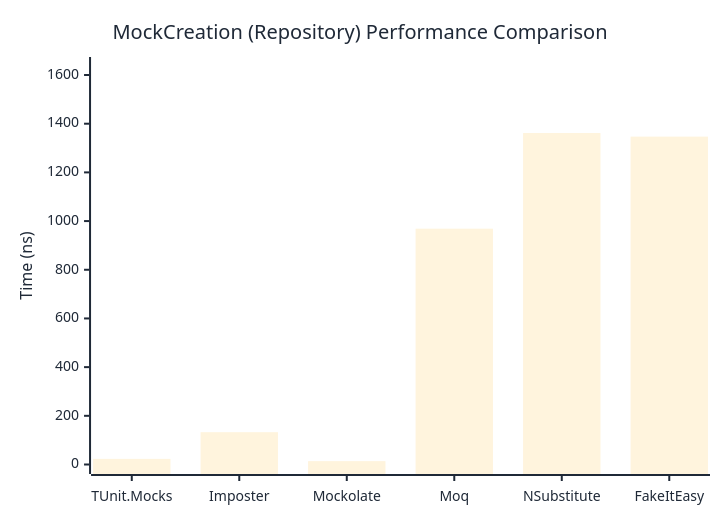
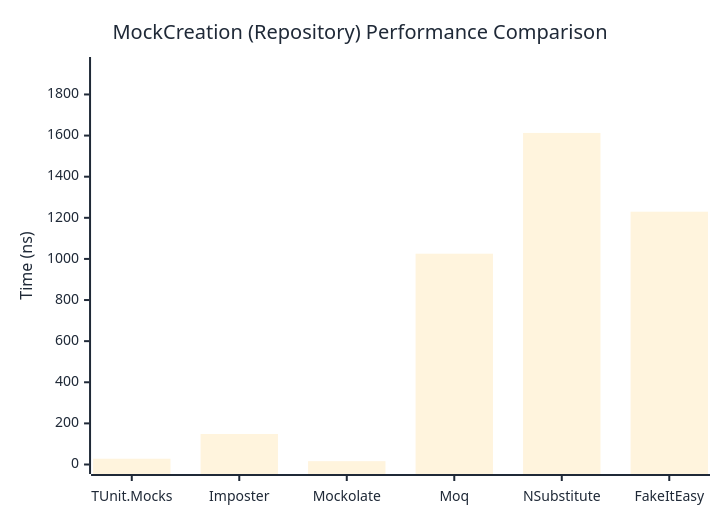
Before and after one commit to thomhurst/TUnit: the second of 2 diagrams in docs/docs/benchmarks/mocks/MockCreation.md, drawn with Mermaid. The commit also changed other lines of this file and 14 other files, not shown here.

````diff
--- a/docs/docs/benchmarks/mocks/MockCreation.md
+++ b/docs/docs/benchmarks/mocks/MockCreation.md
@@ -71,27 +71,27 @@
 ```mermaid
 %%{init: {
   'theme':'base',
   'themeVariables': {
     'primaryColor': '#2563eb',
     'primaryTextColor': '#1f2937',
     'primaryBorderColor': '#1e40af',
     'lineColor': '#6b7280',
     'secondaryColor': '#7c3aed',
     'tertiaryColor': '#dc2626',
     'background': '#ffffff',
     'pie1': '#2563eb',
     'pie2': '#7c3aed',
     'pie3': '#dc2626',
     'pie4': '#f59e0b',
     'pie5': '#10b981',
     'pie6': '#06b6d4',
     'pie7': '#ec4899',
     'pie8': '#6366f1'
   }
 }}%%
 xychart-beta
   title "MockCreation (Repository) Performance Comparison"
   x-axis ["TUnit.Mocks", "Imposter", "Mockolate", "Moq", "NSubstitute", "FakeItEasy"]
-  y-axis "Time (ns)" 0 --> 1635
-  bar [23.11, 132.73, 13.79, 968.72, 1361.72, 1346.99]
+  y-axis "Time (ns)" 0 --> 1936
+  bar [28.13, 148.37, 16.29, 1025.39, 1612.79, 1229.71]
 ```
````
